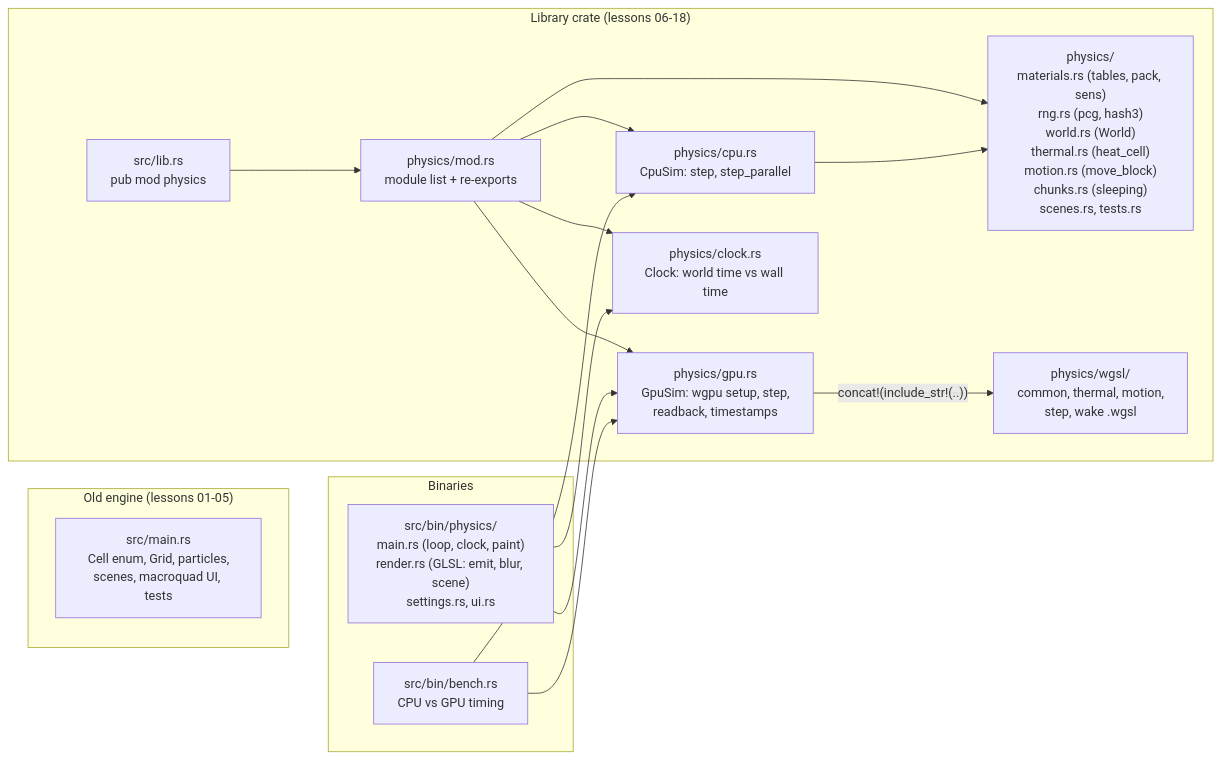
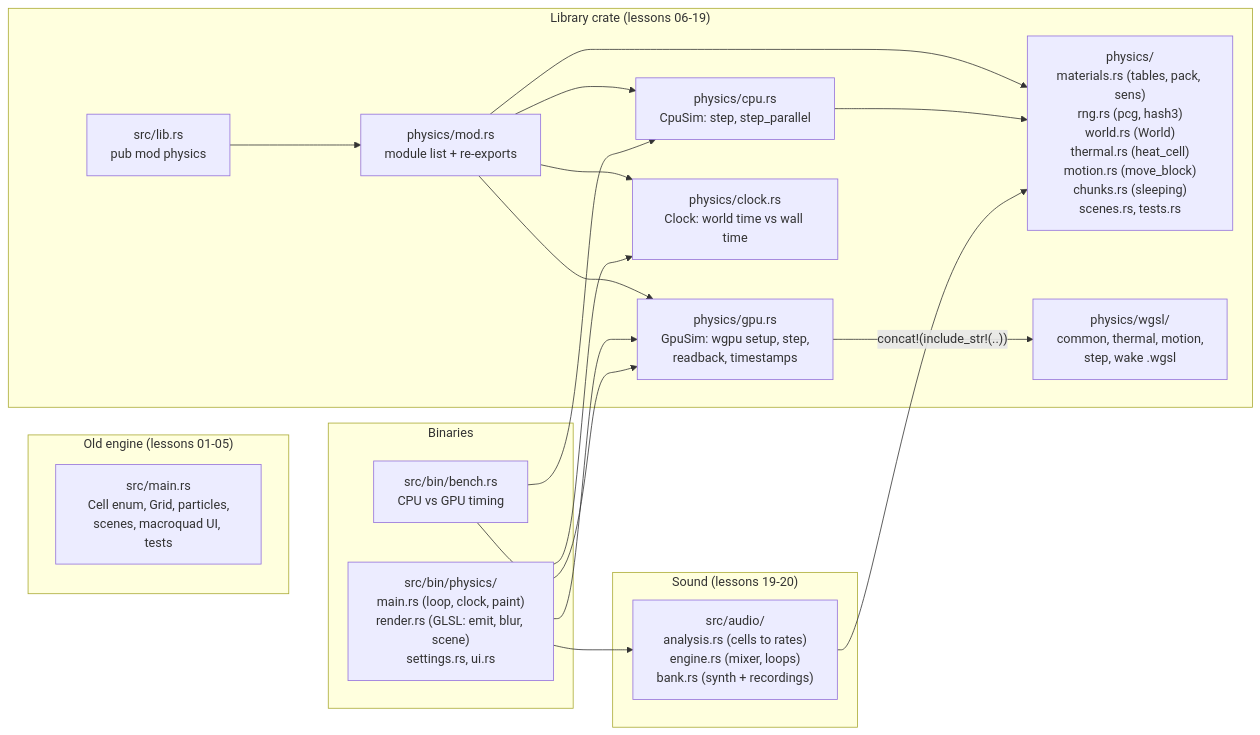
Before and after one commit to anujbarve/falling-sand-rust: the second of 2 diagrams in docs/lessons/00-index.md, drawn with Mermaid. The commit also changed other lines of this file and 15 other files, not shown here.

````diff
--- a/docs/lessons/00-index.md
+++ b/docs/lessons/00-index.md
@@ -162,30 +178,35 @@
 ```mermaid
 graph LR
   subgraph old["Old engine (lessons 01-05)"]
     MAIN["src/main.rs<br/>Cell enum, Grid, particles,<br/>scenes, macroquad UI, tests"]
   end
-  subgraph lib["Library crate (lessons 06-18)"]
+  subgraph lib["Library crate (lessons 06-19)"]
     LIBRS["src/lib.rs<br/>pub mod physics"]
     MOD["physics/mod.rs<br/>module list + re-exports"]
     RULES["physics/<br/>materials.rs (tables, pack, sens)<br/>rng.rs (pcg, hash3)<br/>world.rs (World)<br/>thermal.rs (heat_cell)<br/>motion.rs (move_block)<br/>chunks.rs (sleeping)<br/>scenes.rs, tests.rs"]
     CPU["physics/cpu.rs<br/>CpuSim: step, step_parallel"]
     GPU["physics/gpu.rs<br/>GpuSim: wgpu setup, step,<br/>readback, timestamps"]
     WGSL["physics/wgsl/<br/>common, thermal, motion,<br/>step, wake .wgsl"]
     CLOCK["physics/clock.rs<br/>Clock: world time vs wall time"]
     LIBRS --> MOD
     MOD --> RULES
     MOD --> CLOCK
     MOD --> CPU
     MOD --> GPU
     CPU --> RULES
     GPU -- "concat!(include_str!(..))" --> WGSL
   end
   subgraph bins["Binaries"]
     VIEW["src/bin/physics/<br/>main.rs (loop, clock, paint)<br/>render.rs (GLSL: emit, blur, scene)<br/>settings.rs, ui.rs"]
     BENCH["src/bin/bench.rs<br/>CPU vs GPU timing"]
   end
   VIEW --> GPU
   VIEW --> CLOCK
+  VIEW --> AUDIO
   BENCH --> CPU
   BENCH --> GPU
+  subgraph sound["Sound (lessons 19-20)"]
+    AUDIO["src/audio/<br/>analysis.rs (cells to rates)<br/>engine.rs (mixer, loops)<br/>bank.rs (synth + recordings)"]
+  end
+  AUDIO --> RULES
 ```
````
